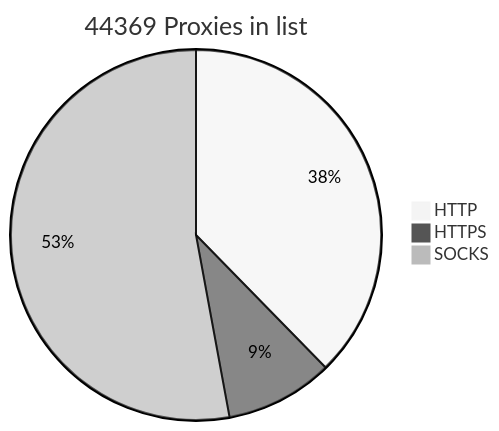
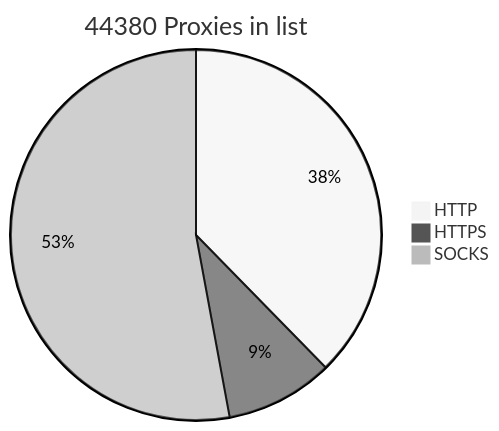
The diagram in README.md (BlackSnowDot/proxylist-update-every-minute), drawn with Mermaid (neutral theme) before and after one commit.

````diff
--- a/README.md
+++ b/README.md
@@ -2,6 +2,6 @@
 ```mermaid
-pie title 44369 Proxies in list
+pie title 44380 Proxies in list
     "HTTP" : 18231
     "HTTPS": 4557
-    "SOCKS" : 25593
+    "SOCKS" : 25604
 ```
````
